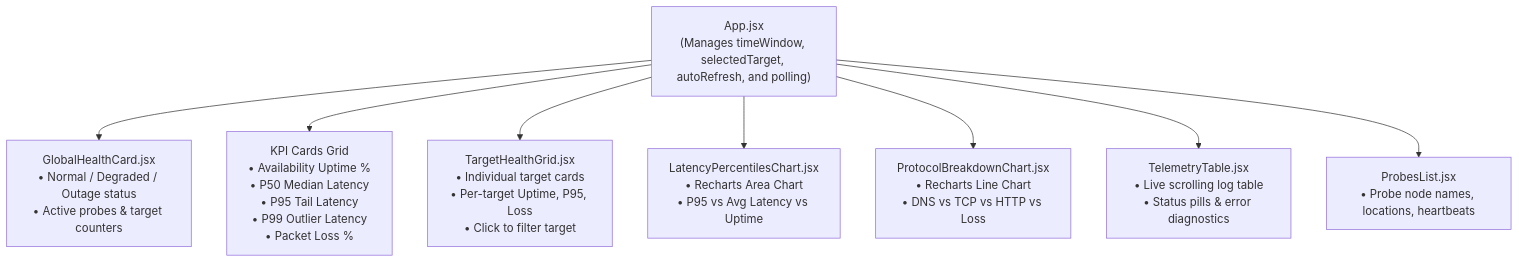
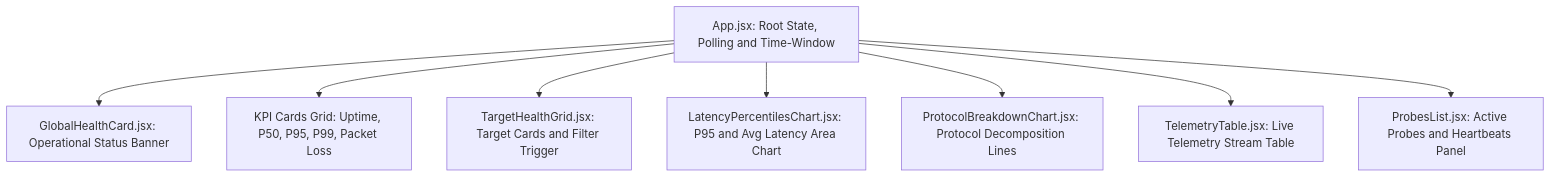
Before and after one commit to lEREHl/Internet_Outage_Intelligence_Platform_Stage_2: the fifth of 5 diagrams in ARCHITECTURE_V2.md, drawn with Mermaid. The commit also changed other lines of this file and 1 other file, not shown here.

````diff
--- a/ARCHITECTURE_V2.md
+++ b/ARCHITECTURE_V2.md
@@ -191,12 +189,12 @@
 ```mermaid
 flowchart TD
-    App["App.jsx<br/>(Manages timeWindow, selectedTarget, autoRefresh, and polling)"]
+    App["App.jsx: Root State, Polling and Time-Window"]
     
-    App --> GH["GlobalHealthCard.jsx<br/>• Normal / Degraded / Outage status<br/>• Active probes & target counters"]
-    App --> KPI["KPI Cards Grid<br/>• Availability Uptime %<br/>• P50 Median Latency<br/>• P95 Tail Latency<br/>• P99 Outlier Latency<br/>• Packet Loss %"]
-    App --> TG["TargetHealthGrid.jsx<br/>• Individual target cards<br/>• Per-target Uptime, P95, Loss<br/>• Click to filter target"]
-    App --> C1["LatencyPercentilesChart.jsx<br/>• Recharts Area Chart<br/>• P95 vs Avg Latency vs Uptime"]
-    App --> C2["ProtocolBreakdownChart.jsx<br/>• Recharts Line Chart<br/>• DNS vs TCP vs HTTP vs Loss"]
-    App --> TT["TelemetryTable.jsx<br/>• Live scrolling log table<br/>• Status pills & error diagnostics"]
-    App --> PL["ProbesList.jsx<br/>• Probe node names, locations, heartbeats"]
+    App --> GH["GlobalHealthCard.jsx: Operational Status Banner"]
+    App --> KPI["KPI Cards Grid: Uptime, P50, P95, P99, Packet Loss"]
+    App --> TG["TargetHealthGrid.jsx: Target Cards and Filter Trigger"]
+    App --> C1["LatencyPercentilesChart.jsx: P95 and Avg Latency Area Chart"]
+    App --> C2["ProtocolBreakdownChart.jsx: Protocol Decomposition Lines"]
+    App --> TT["TelemetryTable.jsx: Live Telemetry Stream Table"]
+    App --> PL["ProbesList.jsx: Active Probes and Heartbeats Panel"]
 ```
````
